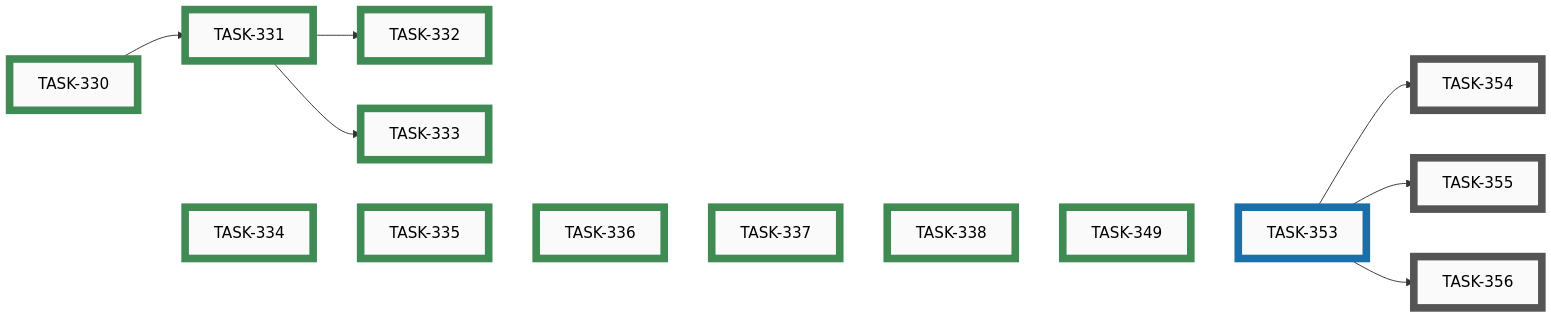
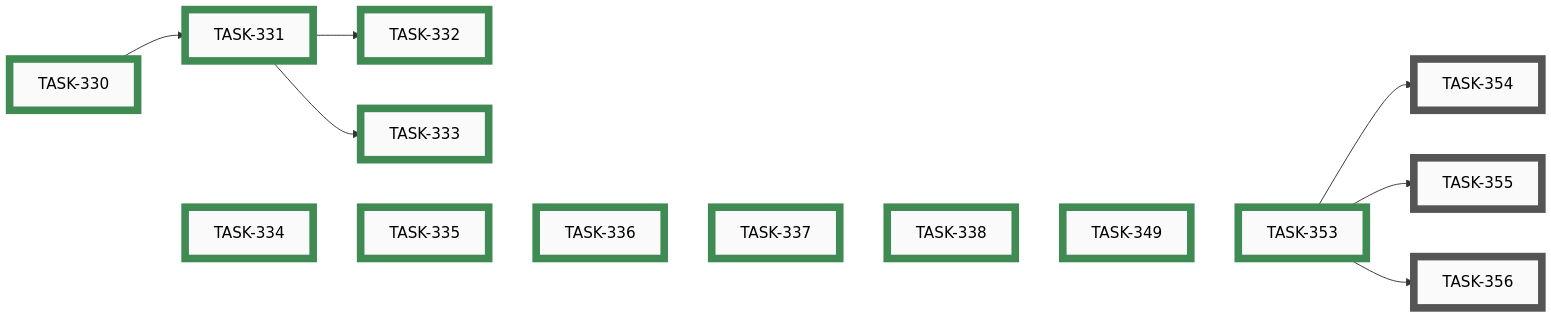
Before and after one commit to tgd1975/AwesomeStudioPedal: the eighth of 10 diagrams in docs/developers/tasks/EPICS.md, drawn with Mermaid. The commit also changed other lines of this file and 7 other files, not shown here.

First line of the commit message:
close TASK-353: BLE readback feasibility & impact analysis

````diff
--- a/docs/developers/tasks/EPICS.md
+++ b/docs/developers/tasks/EPICS.md
@@ -296,46 +296,46 @@
 ```mermaid
 graph LR
     TASK_354["TASK-354"]:::open
     TASK_355["TASK-355"]:::open
     TASK_356["TASK-356"]:::open
-    TASK_353["TASK-353"]:::active
     TASK_330["TASK-330"]:::closed
     TASK_331["TASK-331"]:::closed
     TASK_332["TASK-332"]:::closed
     TASK_333["TASK-333"]:::closed
     TASK_334["TASK-334"]:::closed
     TASK_335["TASK-335"]:::closed
     TASK_336["TASK-336"]:::closed
     TASK_337["TASK-337"]:::closed
     TASK_338["TASK-338"]:::closed
     TASK_349["TASK-349"]:::closed
+    TASK_353["TASK-353"]:::closed
     TASK_353 --> TASK_354
     TASK_353 --> TASK_355
     TASK_353 --> TASK_356
     TASK_330 --> TASK_331
     TASK_331 --> TASK_332
     TASK_331 --> TASK_333
     TASK_330 ~~~ TASK_334 ~~~ TASK_335 ~~~ TASK_336 ~~~ TASK_337 ~~~ TASK_338 ~~~ TASK_349 ~~~ TASK_353
     click TASK_354 "open/task-354-firmware-version-read-characteristic.md"
     click TASK_355 "open/task-355-firmware-config-readback.md"
     click TASK_356 "open/task-356-firmware-active-profile-notify.md"
-    click TASK_353 "active/task-353-feasibility-firmware-ble-readback-surfaces.md"
     click TASK_330 "closed/task-330-decide-content-page-open-questions.md"
     click TASK_331 "closed/task-331-add-info-about-page.md"
     click TASK_332 "closed/task-332-add-howto-quickstart-page.md"
     click TASK_333 "closed/task-333-add-profiles-troubleshooting-legal-pages.md"
     click TASK_334 "closed/task-334-add-startup-splash-screen.md"
     click TASK_335 "closed/task-335-add-connection-status-strip-and-details-sheet.md"
     click TASK_336 "closed/task-336-add-connected-pedal-page-board-only.md"
     click TASK_337 "closed/task-337-firmware-expose-version-config-active-profile.md"
     click TASK_338 "closed/task-338-add-hid-display-table-and-live-keystroke-page.md"
     click TASK_349 "closed/task-349-display-unified-version-in-mobile-app.md"
+    click TASK_353 "closed/task-353-feasibility-firmware-ble-readback-surfaces.md"
     classDef open    fill:#FAFAFA,stroke:#555,stroke-width:8px,color:#000
     classDef active  fill:#FAFAFA,stroke:#1A6FA8,stroke-width:8px,color:#000
     classDef closed  fill:#FAFAFA,stroke:#3F8B53,stroke-width:8px,color:#000
     classDef paused  fill:#FAFAFA,stroke:#B07810,stroke-width:8px,color:#000
     classDef openExt    fill:#000,stroke:#888,stroke-width:8px,color:#FFF
     classDef activeExt  fill:#000,stroke:#3FA9F5,stroke-width:8px,color:#FFF
     classDef closedExt  fill:#000,stroke:#7CC68A,stroke-width:8px,color:#FFF
     classDef pausedExt  fill:#000,stroke:#F0B030,stroke-width:8px,color:#FFF
 ```
````
